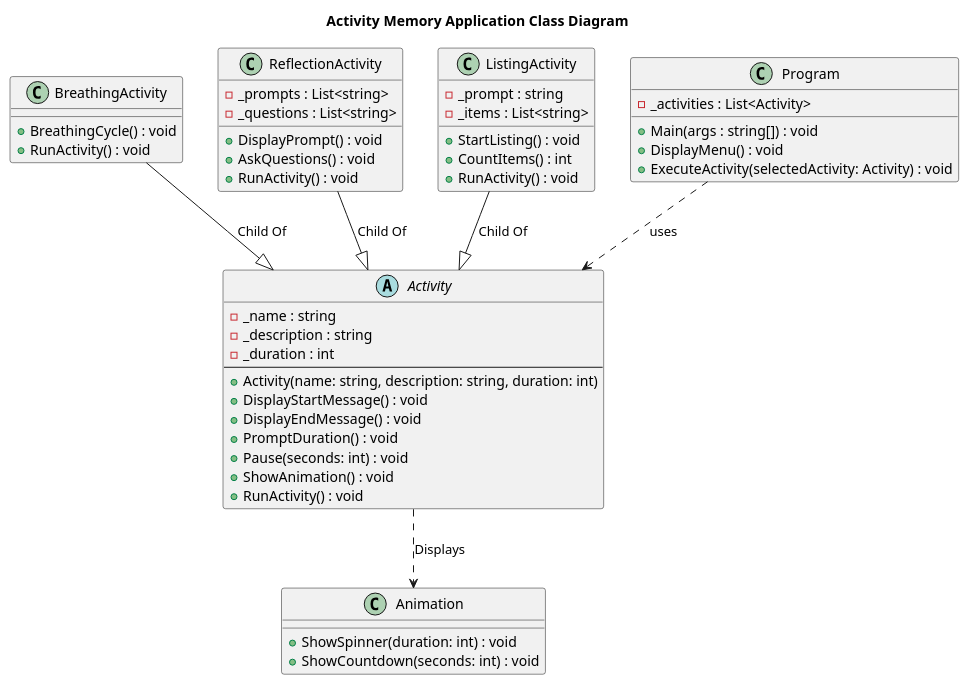
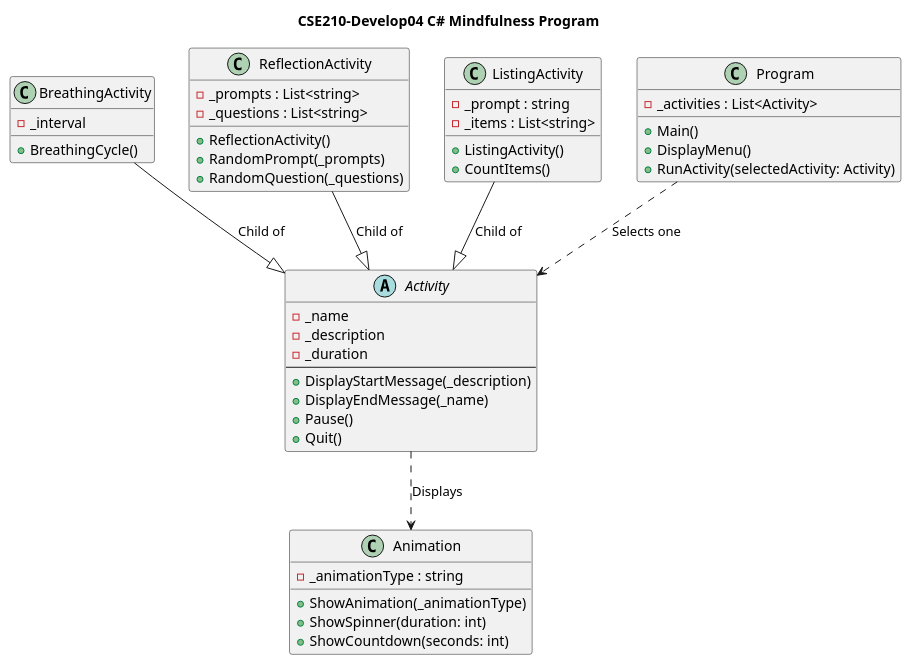
Before and after one commit to hwalkermerrill/cse210-programming-with-classes: the diagram in prove/Develop04/clasUML.wsd, drawn with PlantUML.

Commit message:
refine plant classUML

```diff
--- a/prove/Develop04/clasUML.wsd
+++ b/prove/Develop04/clasUML.wsd
@@ -1,78 +1,76 @@
 @startuml
-title Activity Memory Application Class Diagram
+title CSE210-Develop04 C# Mindfulness Program
 
 '--------------------------------------------------
 ' Base class for common activity behavior
 '--------------------------------------------------
 abstract class Activity {
-  - _name : string
-  - _description : string
-  - _duration : int
+  - _name
+  - _description
+  - _duration
   --
-  + Activity(name: string, description: string, duration: int)
-  + DisplayStartMessage() : void
-  + DisplayEndMessage() : void
-  + PromptDuration() : void
-  + Pause(seconds: int) : void
-  + ShowAnimation() : void
-  + RunActivity() : void
+  + DisplayStartMessage(_description)
+  + DisplayEndMessage(_name)
+  + Pause()
+  + Quit()
 }
 
 '--------------------------------------------------
 ' Breathing Activity: alternates between "Breathe in" and "Breathe out"
 '--------------------------------------------------
 class BreathingActivity {
-  + BreathingCycle() : void
-  + RunActivity() : void
+  - _interval
+  + BreathingCycle()
 }
-BreathingActivity --|> Activity : Child Of
+BreathingActivity --|> Activity : Child of
 
 '--------------------------------------------------
 ' Reflection Activity: shows a random prompt and then reflective questions
 '--------------------------------------------------
 class ReflectionActivity {
   - _prompts : List<string>
   - _questions : List<string>
-  + DisplayPrompt() : void
-  + AskQuestions() : void
-  + RunActivity() : void
+  + ReflectionActivity()
+  + RandomPrompt(_prompts)
+  + RandomQuestion(_questions)
 }
-ReflectionActivity --|> Activity : Child Of
+ReflectionActivity --|> Activity : Child of
 
 '--------------------------------------------------
 ' Listing Activity: shows a prompt and lets the user list items until the time is up
 '--------------------------------------------------
 class ListingActivity {
   - _prompt : string
   - _items : List<string>
-  + StartListing() : void
-  + CountItems() : int
-  + RunActivity() : void
+  + ListingActivity()
+  + CountItems()
 }
-ListingActivity --|> Activity : Child Of
+ListingActivity --|> Activity : Child of
 
 '--------------------------------------------------
 ' Utility class for any animations (spinner, countdown, etc.)
 '--------------------------------------------------
 class Animation {
-  + ShowSpinner(duration: int) : void
-  + ShowCountdown(seconds: int) : void
+  - _animationType : string
+  + ShowAnimation(_animationType)
+  + ShowSpinner(duration: int)
+  + ShowCountdown(seconds: int)
 }
 
 '--------------------------------------------------
 ' Main program: contains the menu system and drives the activity selection
 '--------------------------------------------------
 class Program {
   - _activities : List<Activity>
-  + Main(args : string[]) : void
-  + DisplayMenu() : void
-  + ExecuteActivity(selectedActivity: Activity) : void
+  + Main()
+  + DisplayMenu()
+  + RunActivity(selectedActivity: Activity)
 }
 
 ' Relationships depicting that Program uses the Activity base class ...
-Program ..> Activity : uses
+Program ..> Activity : Selects one
 
 ' And Activity uses Animation for pauses and animations.
 Activity ..> Animation : Displays
 
 @enduml
```
